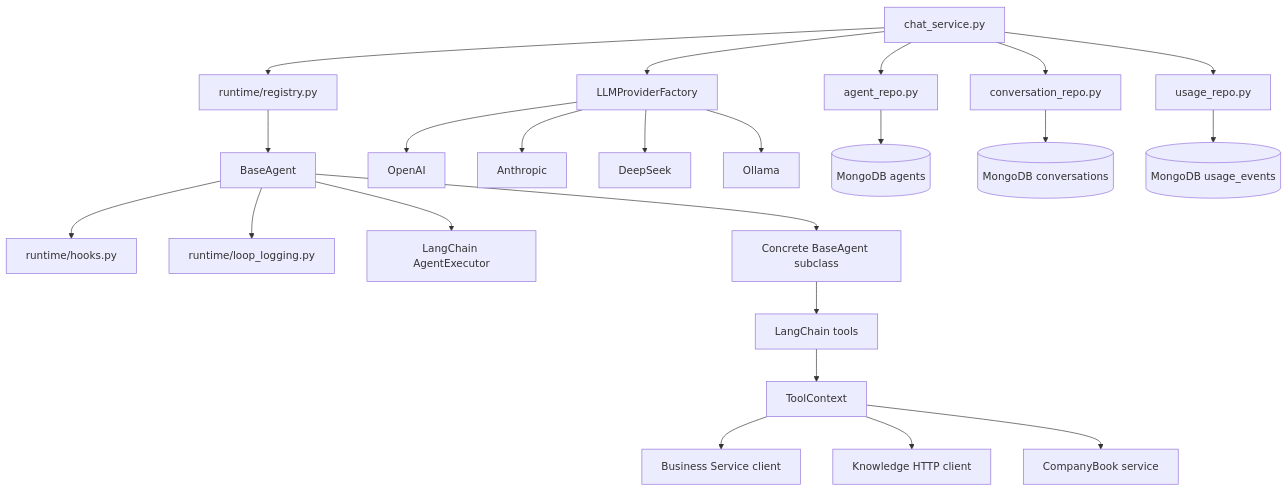
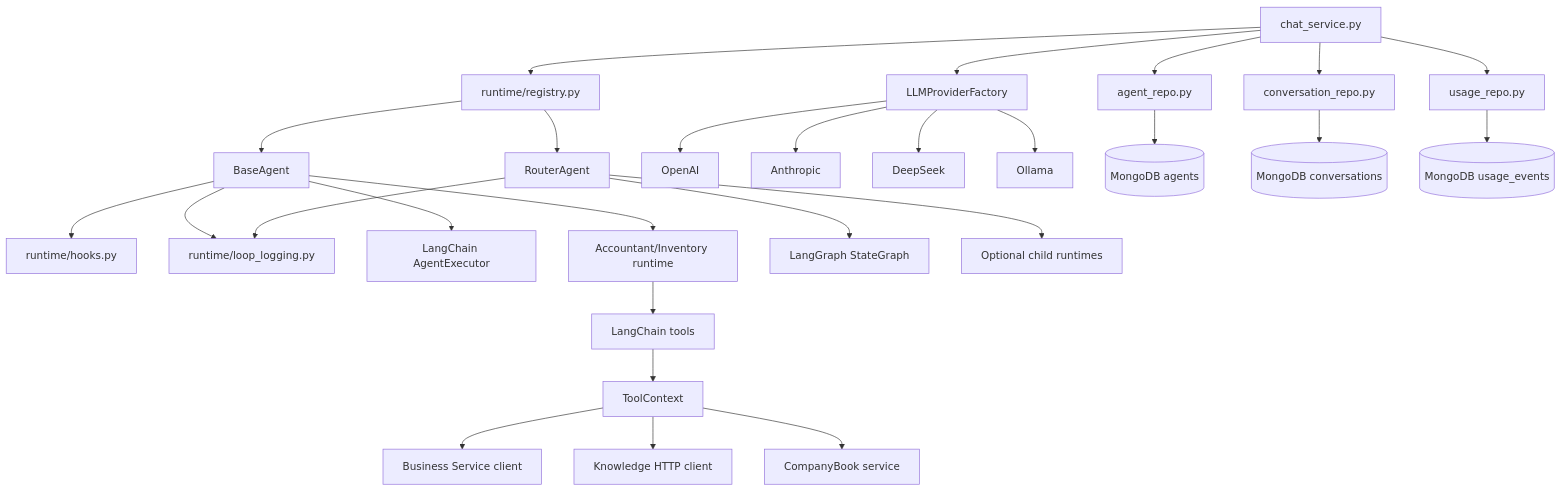
The second of 2 diagrams in docs/agents/base-agent.md (valiobar/agents), drawn with Mermaid before and after one commit. The commit also changed other lines of this file and 251 other files, not shown here.

First line of the commit message:
Add Inventory and Router Agent documentation

````diff
--- a/docs/agents/base-agent.md
+++ b/docs/agents/base-agent.md
@@ -137,25 +156,29 @@
 ```mermaid
 graph TD
     ChatService["chat_service.py"] --> AgentRepo["agent_repo.py"]
     ChatService --> ConversationRepo["conversation_repo.py"]
     ChatService --> UsageRepo["usage_repo.py"]
     ChatService --> ProviderFactory["LLMProviderFactory"]
     ChatService --> Registry["runtime/registry.py"]
     Registry --> BaseAgent["BaseAgent"]
+    Registry --> RouterAgent["RouterAgent"]
     BaseAgent --> Hooks["runtime/hooks.py"]
     BaseAgent --> LoopLogging["runtime/loop_logging.py"]
     BaseAgent --> LangChain["LangChain AgentExecutor"]
-    BaseAgent --> ConcreteAgent["Concrete BaseAgent subclass"]
+    BaseAgent --> ConcreteAgent["Accountant/Inventory runtime"]
+    RouterAgent --> LangGraph["LangGraph StateGraph"]
+    RouterAgent --> ChildRuntime["Optional child runtimes"]
+    RouterAgent --> LoopLogging
     ConcreteAgent --> Tools["LangChain tools"]
     Tools --> ToolContext["ToolContext"]
     ToolContext --> Business["Business Service client"]
     ToolContext --> KnowledgeHTTP["Knowledge HTTP client"]
     ToolContext --> CompanyBook["CompanyBook service"]
     ProviderFactory --> OpenAI["OpenAI"]
     ProviderFactory --> Anthropic["Anthropic"]
     ProviderFactory --> DeepSeek["DeepSeek"]
     ProviderFactory --> Ollama["Ollama"]
     AgentRepo --> Mongo[("MongoDB agents")]
     ConversationRepo --> MongoConversations[("MongoDB conversations")]
     UsageRepo --> MongoUsage[("MongoDB usage_events")]
 ```
````
